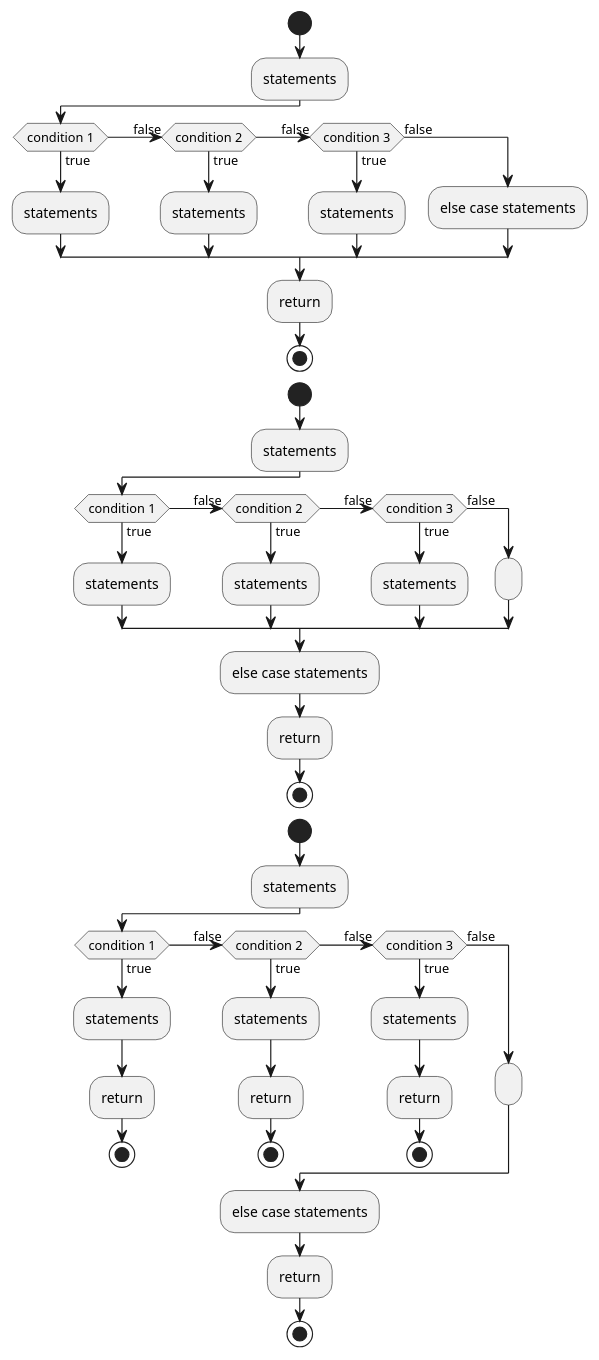
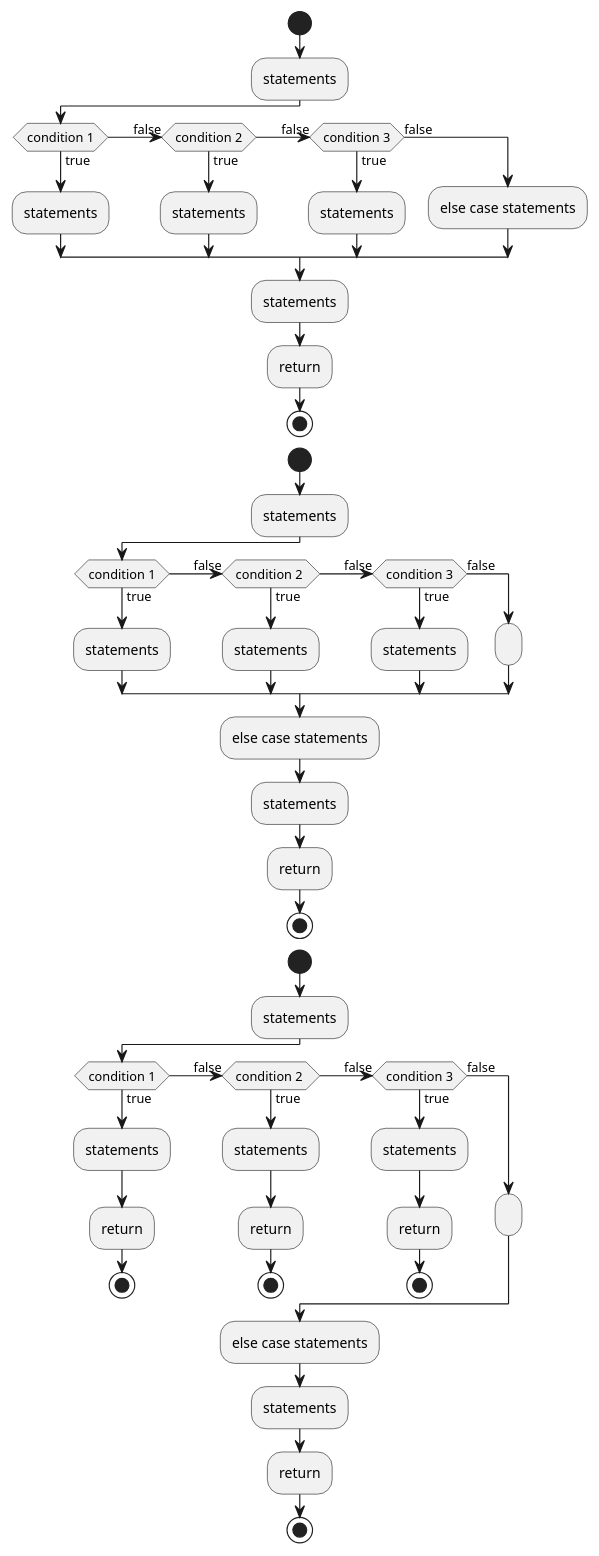
Before and after one commit to leaper2/CS61B-18Sp: the diagram in lab10/test.md, drawn with PlantUML. The commit also changed 1 other file, not shown here.

Commit message:
lab10 done

````diff
--- a/lab10/test.md
+++ b/lab10/test.md
@@ -1,57 +1,60 @@
 ```plantuml
 @startuml
 start
     :statements;
 if(condition 1) then(true) 
     :statements;
 (false) elseif (condition 2) then(true) 
     :statements;
 (false) elseif (condition 3) then(true)
     :statements;
 else (false)
     :else case statements;
 endif
+    :statements;
     :return;
 stop
 
 start
     :statements;
 if(condition 1) then(true) 
     :statements;
 
 (false)elseif (condition 2 ) then(true) 
     :statements;
 (false)elseif (condition 3) then(true) 
     :statements;
 else (false)
     :;
 endif
     :else case statements;
+    :statements;
     :return;
 stop
 
 start
     :statements;
 if(condition 1) then(true) 
     :statements;
     :return;
     stop
 (false)elseif (condition 2 ) then(true) 
     :statements;
     :return;
     stop
 (false)elseif (condition 3) then(true) 
     :statements;
     :return;
     stop
 else (false)
     :;
 endif
     :else case statements;
+    :statements;
     :return;
 stop
 
 
 
 @enduml
 ```
````
